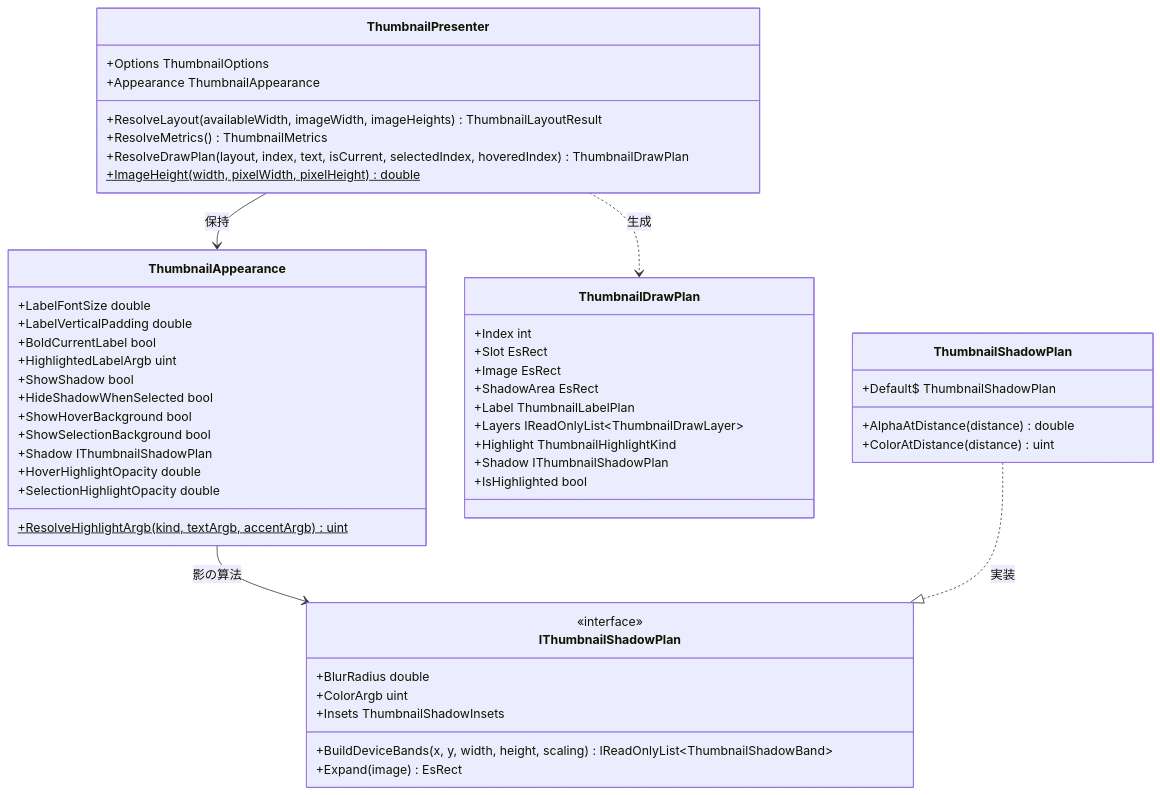
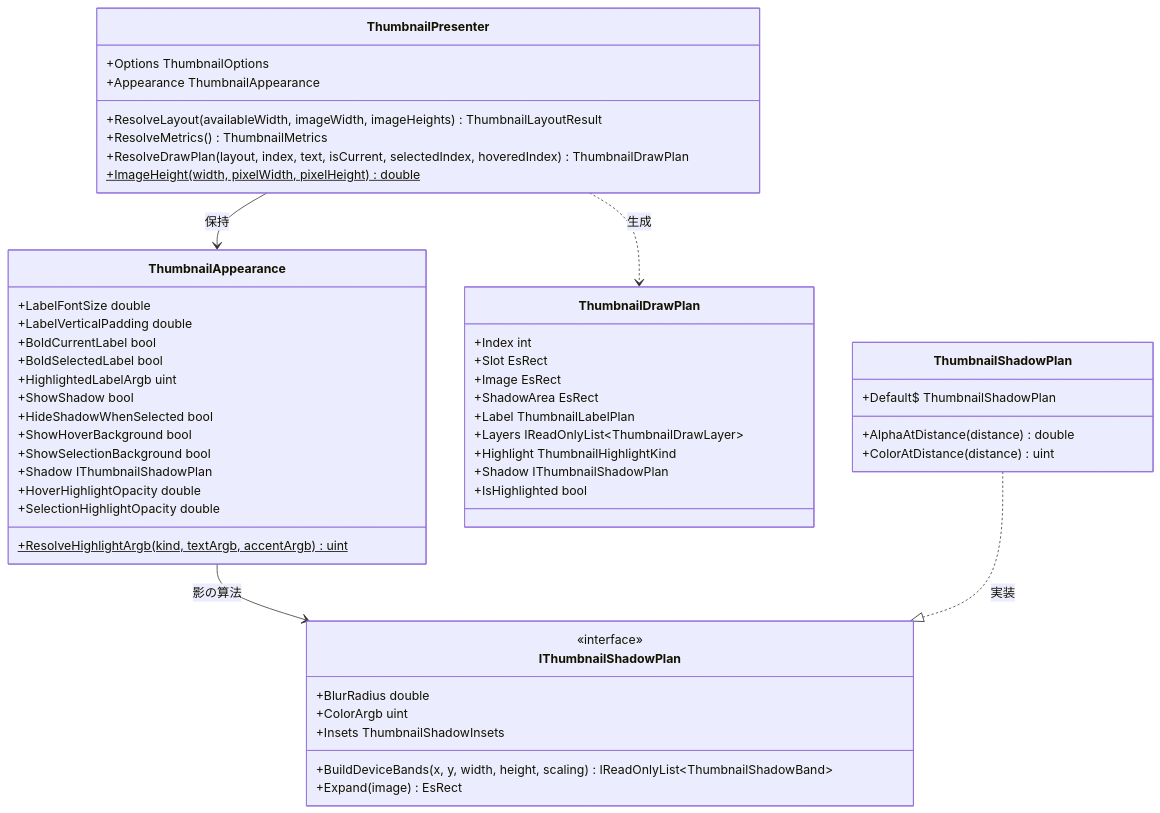
The second of 4 diagrams in EsUtil/Feature.Thumbnail.Presenter/docs/SPEC_System.md (tomokuni/EsUtil), drawn with Mermaid before and after one commit. The commit also changed other lines of this file and 182 other files, not shown here.

````diff
--- a/EsUtil/Feature.Thumbnail.Presenter/docs/SPEC_System.md
+++ b/EsUtil/Feature.Thumbnail.Presenter/docs/SPEC_System.md
@@ -108,54 +108,55 @@
 ```mermaid
 classDiagram
     class ThumbnailPresenter {
         +Options ThumbnailOptions
         +Appearance ThumbnailAppearance
         +ResolveLayout(availableWidth, imageWidth, imageHeights) ThumbnailLayoutResult
         +ResolveMetrics() ThumbnailMetrics
         +ResolveDrawPlan(layout, index, text, isCurrent, selectedIndex, hoveredIndex) ThumbnailDrawPlan
         +ImageHeight(width, pixelWidth, pixelHeight)$ double
     }
     class ThumbnailAppearance {
         +LabelFontSize double
         +LabelVerticalPadding double
         +BoldCurrentLabel bool
+        +BoldSelectedLabel bool
         +HighlightedLabelArgb uint
         +ShowShadow bool
         +HideShadowWhenSelected bool
         +ShowHoverBackground bool
         +ShowSelectionBackground bool
         +Shadow IThumbnailShadowPlan
         +HoverHighlightOpacity double
         +SelectionHighlightOpacity double
         +ResolveHighlightArgb(kind, textArgb, accentArgb)$ uint
     }
     class ThumbnailDrawPlan {
         +Index int
         +Slot EsRect
         +Image EsRect
         +ShadowArea EsRect
         +Label ThumbnailLabelPlan
         +Layers IReadOnlyList~ThumbnailDrawLayer~
         +Highlight ThumbnailHighlightKind
         +Shadow IThumbnailShadowPlan
         +IsHighlighted bool
     }
     class IThumbnailShadowPlan {
         <<interface>>
         +BlurRadius double
         +ColorArgb uint
         +Insets ThumbnailShadowInsets
         +BuildDeviceBands(x, y, width, height, scaling) IReadOnlyList~ThumbnailShadowBand~
         +Expand(image) EsRect
     }
     class ThumbnailShadowPlan {
         +Default$ ThumbnailShadowPlan
         +AlphaAtDistance(distance) double
         +ColorAtDistance(distance) uint
     }
 
     ThumbnailPresenter --> ThumbnailAppearance : 保持
     ThumbnailPresenter ..> ThumbnailDrawPlan : 生成
     ThumbnailAppearance --> IThumbnailShadowPlan : 影の算法
     ThumbnailShadowPlan ..|> IThumbnailShadowPlan : 実装
 ```
````
